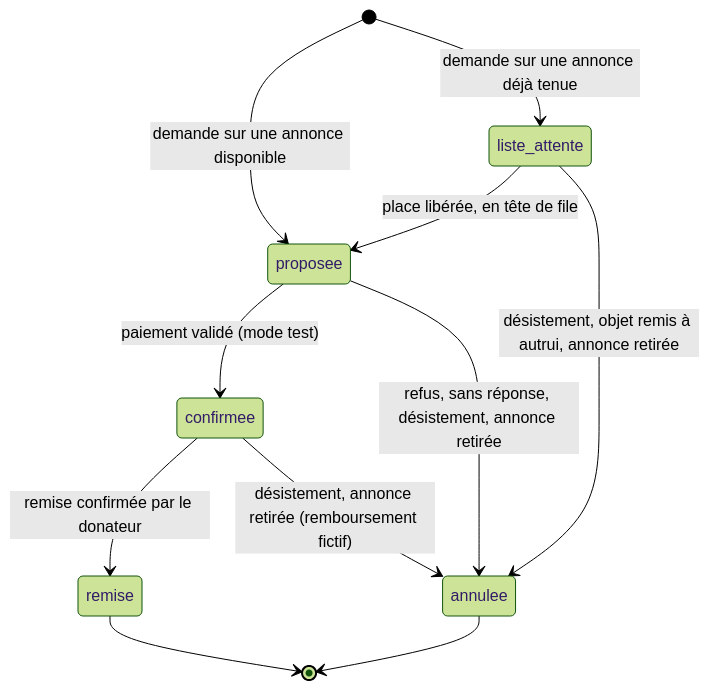
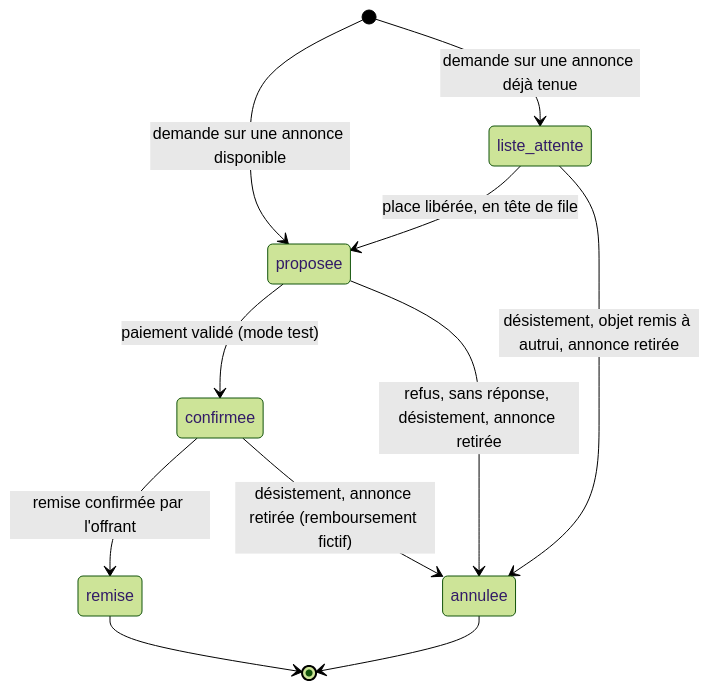
One commit to Lucas-ui/m2gdp-g6-don changed the third of 4 diagrams in specs/data-model.md. Above: the diagram before and after it, drawn with Mermaid (forest theme). The commit also changed other lines of this file and 18 other files, not shown here.

First line of the commit message:
refactor: renommer donateur/beneficiaire en offrant/demandeur

````diff
--- a/specs/data-model.md
+++ b/specs/data-model.md
@@ -348,17 +348,17 @@
 ```mermaid
 stateDiagram-v2
     [*] --> proposee : demande sur une annonce disponible
     [*] --> liste_attente : demande sur une annonce déjà tenue
 
     liste_attente --> proposee : place libérée, en tête de file
     liste_attente --> annulee : désistement, objet remis à autrui, annonce retirée
 
     proposee --> confirmee : paiement validé (mode test)
     proposee --> annulee : refus, sans réponse, désistement, annonce retirée
 
-    confirmee --> remise : remise confirmée par le donateur
+    confirmee --> remise : remise confirmée par l'offrant
     confirmee --> annulee : désistement, annonce retirée (remboursement fictif)
 
     remise --> [*]
     annulee --> [*]
 ```
````
